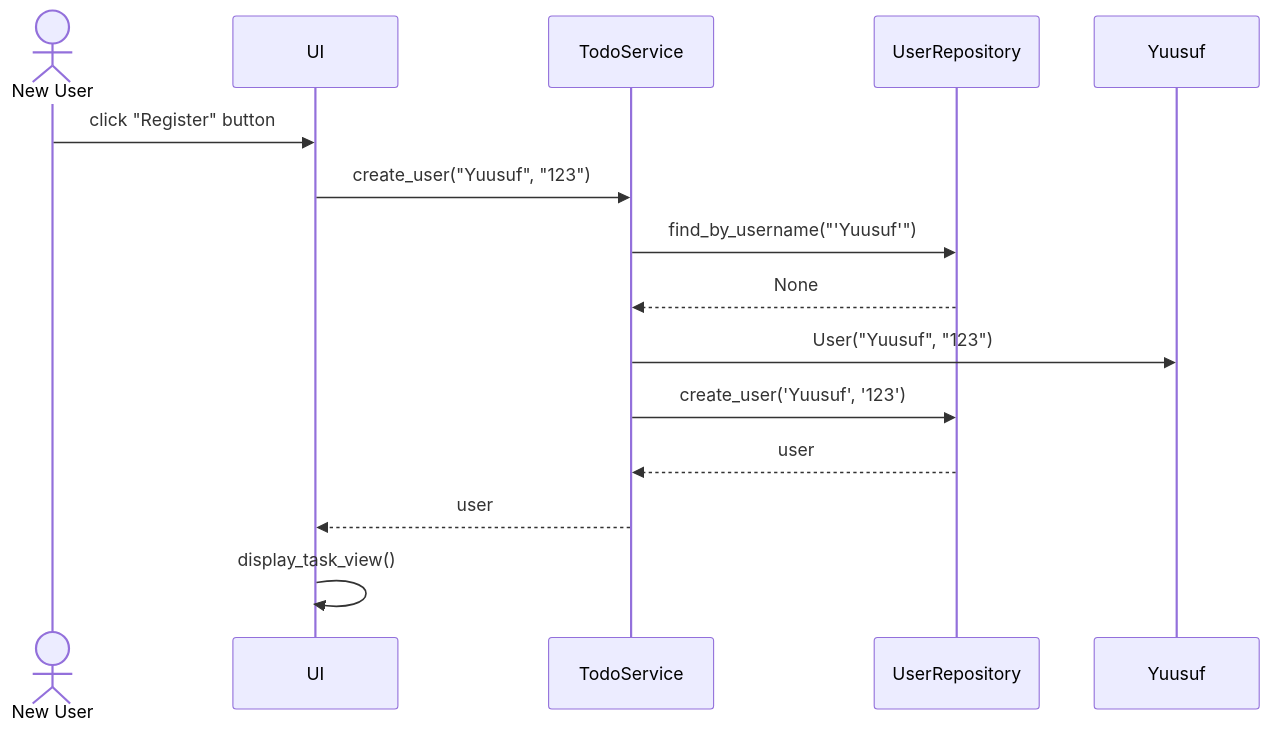
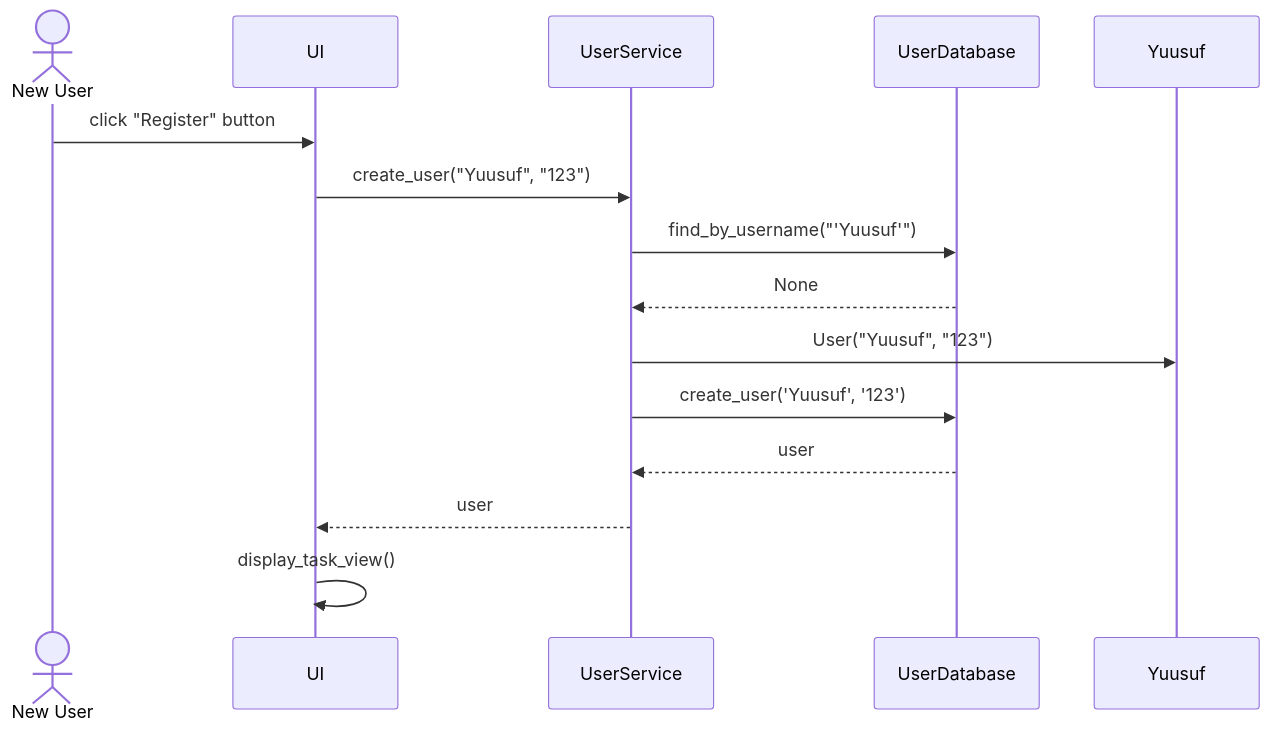
The third of 4 diagrams in dokumentaatio/arkkitehtuuri.md (Yusuboy/TODO-APP), drawn with Mermaid before and after one commit. The commit also changed other lines of this file, not shown here.

Commit message:
Päivitettiin arkkitehtuuri kuvauksia

````diff
--- a/dokumentaatio/arkkitehtuuri.md
+++ b/dokumentaatio/arkkitehtuuri.md
@@ -68,17 +68,17 @@
 ```mermaid
 sequenceDiagram
   actor New User
   participant UI
-  participant TodoService
-  participant UserRepository
+  participant UserService
+  participant UserDatabase
   participant Yuusuf
   New User->>UI: click "Register" button
-  UI->>TodoService: create_user("Yuusuf", "123")
-  TodoService->>UserRepository: find_by_username("'Yuusuf'")
-  UserRepository-->>TodoService: None
-  TodoService->>Yuusuf: User("Yuusuf", "123")
-  TodoService->>UserRepository: create_user('Yuusuf', '123')
-  UserRepository-->>TodoService: user
-  TodoService-->>UI: user
+  UI->>UserService: create_user("Yuusuf", "123")
+  UserService->>UserDatabase: find_by_username("'Yuusuf'")
+  UserDatabase-->>UserService: None
+  UserService->>Yuusuf: User("Yuusuf", "123")
+  UserService->>UserDatabase: create_user('Yuusuf', '123')
+  UserDatabase-->>UserService: user
+  UserService-->>UI: user
   UI->>UI: display_task_view()
 ```
````
